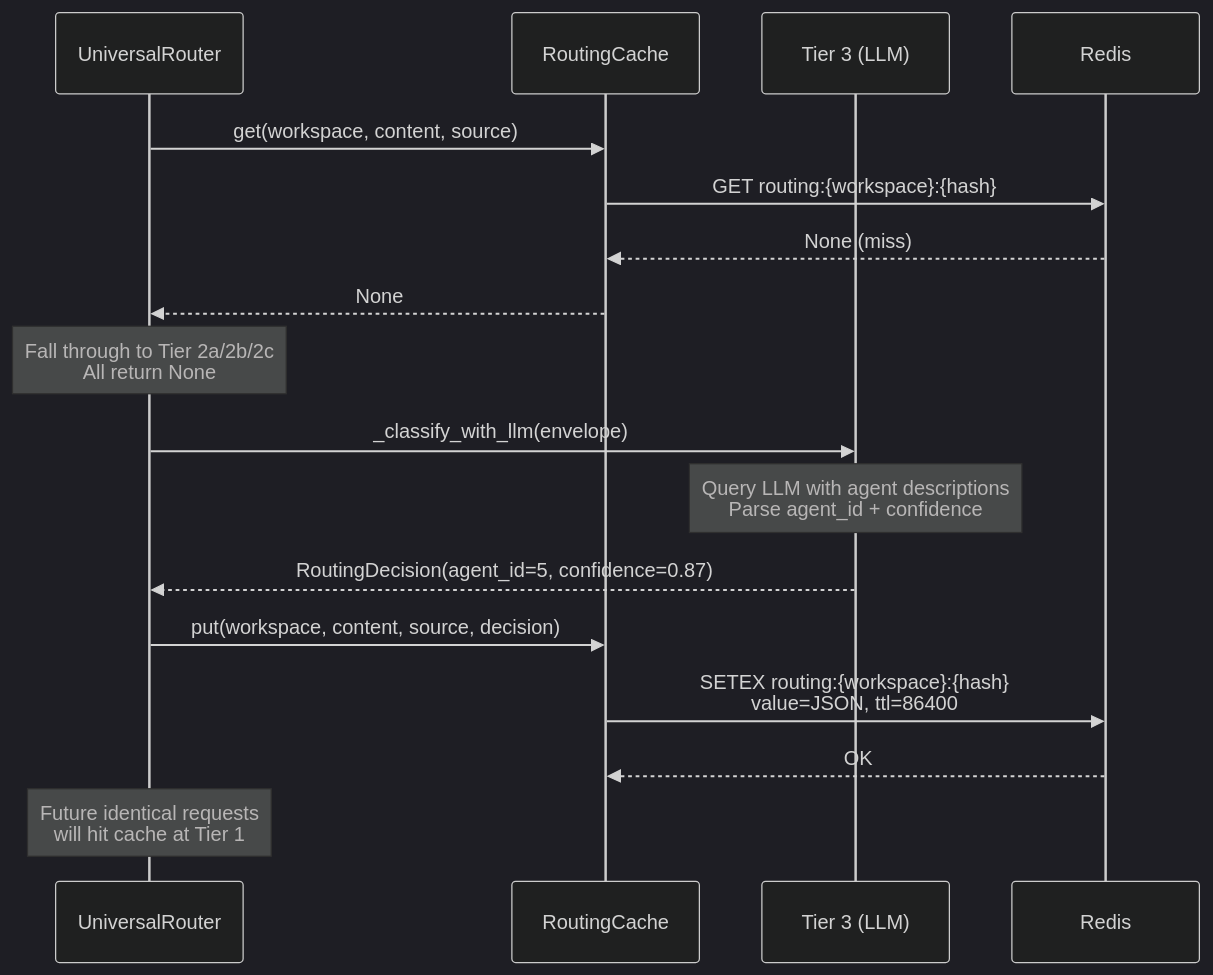
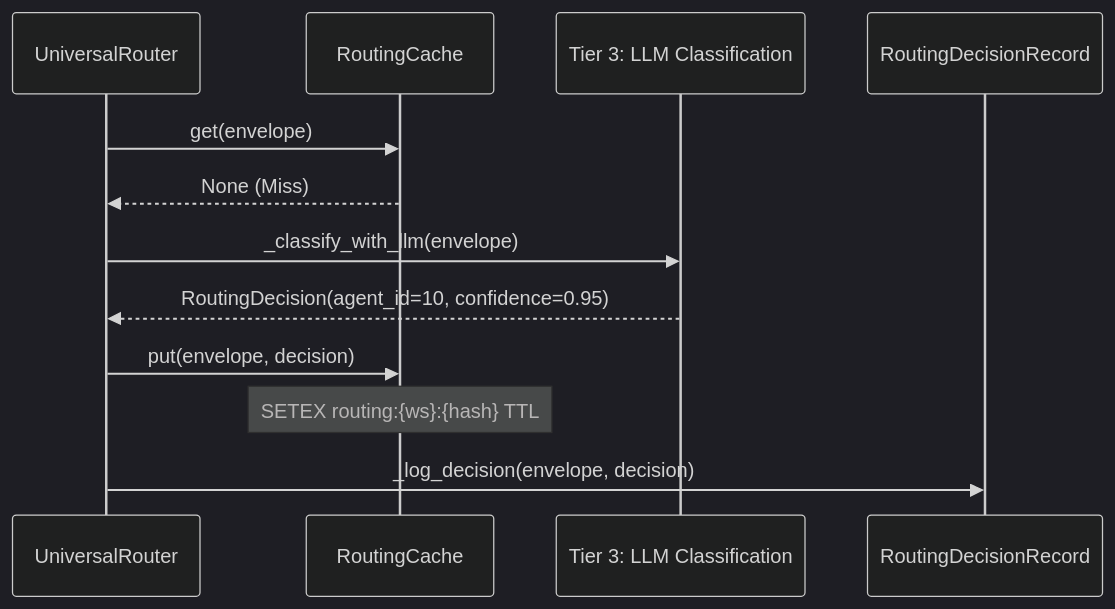
One commit to AutomatosAI/automatos-ai changed the fourth of 4 diagrams in docs/universal-router/tier-1-cache-lookup.md. Above: the diagram before and after it, drawn with Mermaid (dark theme). The commit also changed other lines of this file and 149 other files, not shown here.

Commit message:
docs: refresh documentation with graphify semantic scan

````diff
--- a/docs/universal-router/tier-1-cache-lookup.md
+++ b/docs/universal-router/tier-1-cache-lookup.md
@@ -186,24 +174,15 @@
 ```mermaid
 sequenceDiagram
-    participant Router as UniversalRouter
-    participant Cache as RoutingCache
-    participant Tier3 as Tier 3 (LLM)
-    participant Redis
-    
-    Router->>Cache: get(workspace, content, source)
-    Cache->>Redis: GET routing:{workspace}:{hash}
-    Redis-->>Cache: None (miss)
-    Cache-->>Router: None
-    
-    Note over Router: Fall through to Tier 2a/2b/2c<br/>All return None
-    
-    Router->>Tier3: _classify_with_llm(envelope)
-    Note over Tier3: Query LLM with agent descriptions<br/>Parse agent_id + confidence
-    Tier3-->>Router: RoutingDecision(agent_id=5, confidence=0.87)
-    
-    Router->>Cache: put(workspace, content, source, decision)
-    Cache->>Redis: SETEX routing:{workspace}:{hash}<br/>value=JSON, ttl=86400
-    Redis-->>Cache: OK
-    
-    Note over Router: Future identical requests<br/>will hit cache at Tier 1
+    participant R as UniversalRouter
+    participant C as RoutingCache
+    participant L as Tier 3: LLM Classification
+    participant DB as RoutingDecisionRecord
+
+    R->>C: get(envelope)
+    C-->>R: None (Miss)
+    R->>L: _classify_with_llm(envelope)
+    L-->>R: RoutingDecision(agent_id=10, confidence=0.95)
+    R->>C: put(envelope, decision)
+    Note over C: SETEX routing:{ws}:{hash} TTL
+    R->>DB: _log_decision(envelope, decision)
 ```
````
